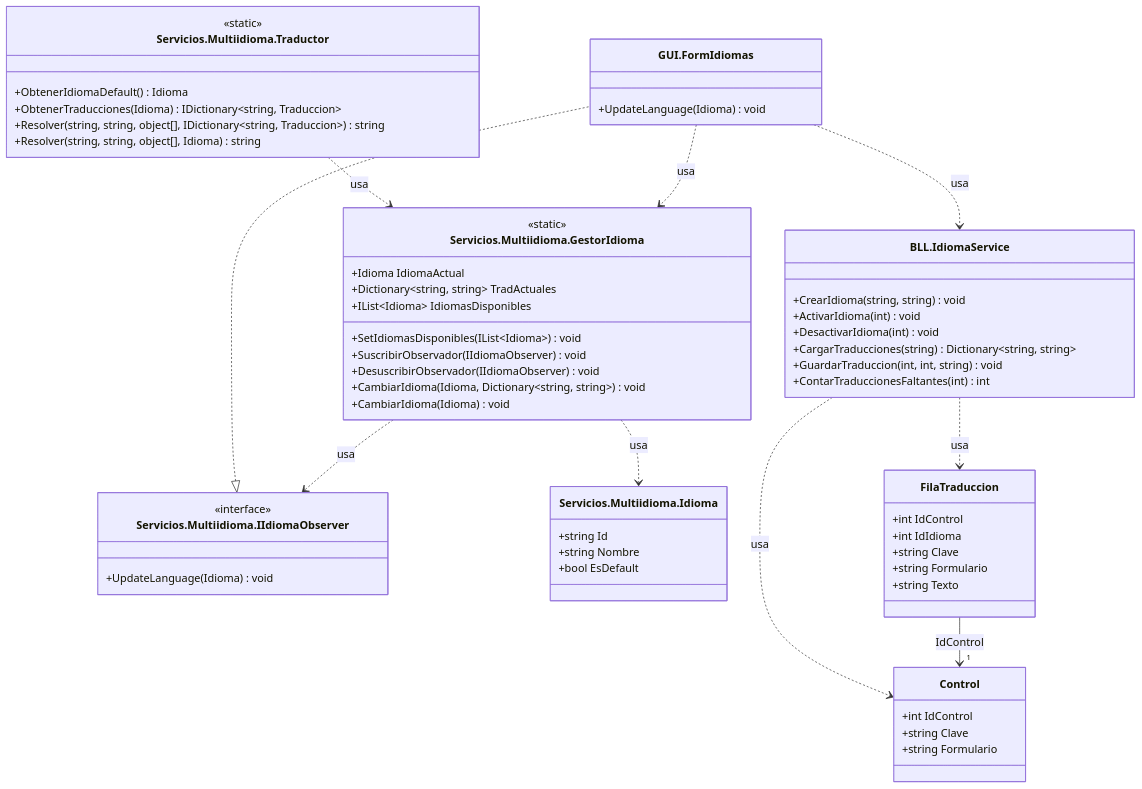
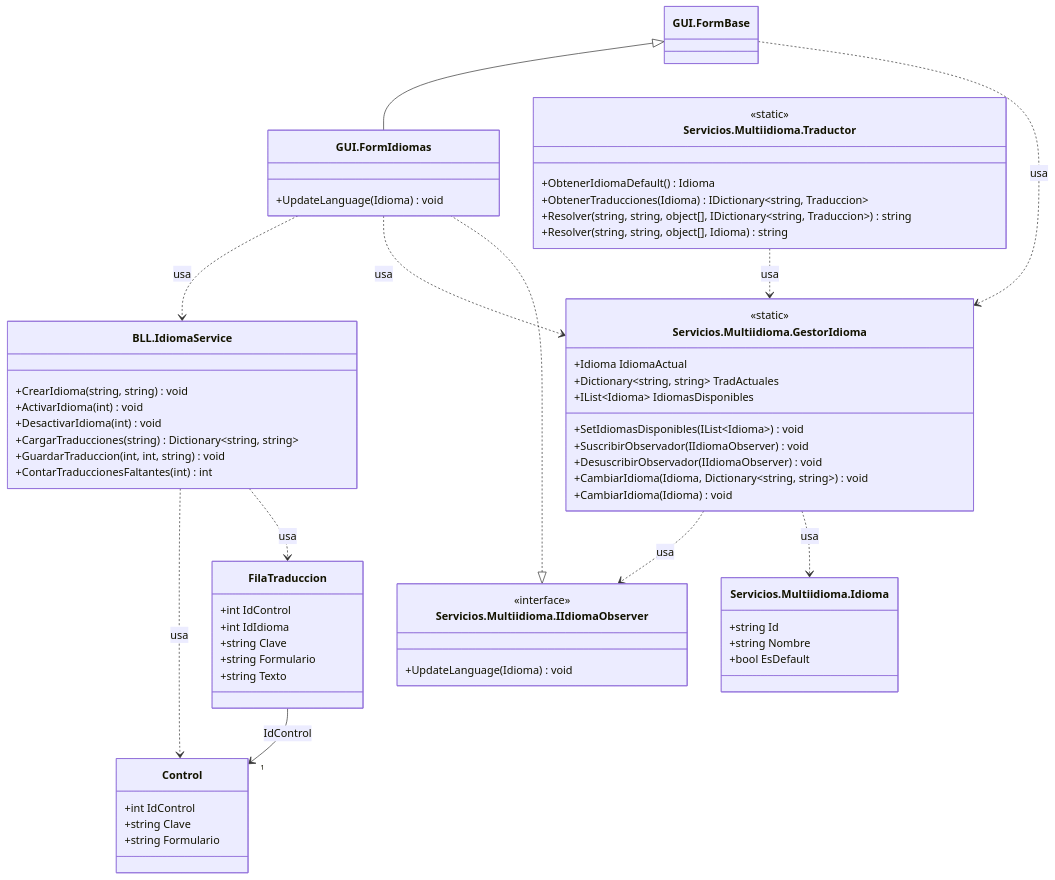
One commit to valentinamorana/Trabajo-de-Diploma changed the diagram in docs/diagramas/mermaid/CLASES_T05_idiomas.mmd. Above: the diagram before and after it, drawn with Mermaid. The commit also changed 8 other files, not shown here.

```diff
--- a/docs/diagramas/mermaid/CLASES_T05_idiomas.mmd
+++ b/docs/diagramas/mermaid/CLASES_T05_idiomas.mmd
@@ -1,61 +1,65 @@
 classDiagram
   direction TB
+  class GUI_FormBase["GUI.FormBase"] {
+  }
   class GUI_FormIdiomas["GUI.FormIdiomas"] {
     +UpdateLanguage(Idioma) void
   }
   class BLL_IdiomaService["BLL.IdiomaService"] {
     +CrearIdioma(string,  string) void
     +ActivarIdioma(int) void
     +DesactivarIdioma(int) void
     +CargarTraducciones(string) Dictionary~string, string~
     +GuardarTraduccion(int,  int,  string) void
     +ContarTraduccionesFaltantes(int) int
   }
   class Servicios_Multiidioma_GestorIdioma["Servicios.Multiidioma.GestorIdioma"] {
     <<static>>
     +Idioma IdiomaActual
     +Dictionary~string, string~ TradActuales
     +IList~Idioma~ IdiomasDisponibles
     +SetIdiomasDisponibles(IList~Idioma~) void
     +SuscribirObservador(IIdiomaObserver) void
     +DesuscribirObservador(IIdiomaObserver) void
     +CambiarIdioma(Idioma,  Dictionary~string,  string~) void
     +CambiarIdioma(Idioma) void
   }
   class Servicios_Multiidioma_IIdiomaObserver["Servicios.Multiidioma.IIdiomaObserver"] {
     <<interface>>
     +UpdateLanguage(Idioma) void
   }
   class Servicios_Multiidioma_Traductor["Servicios.Multiidioma.Traductor"] {
     <<static>>
     +ObtenerIdiomaDefault() Idioma
     +ObtenerTraducciones(Idioma) IDictionary~string, Traduccion~
     +Resolver(string,  string,  object[],  IDictionary~string,  Traduccion~) string
     +Resolver(string,  string,  object[],  Idioma) string
   }
   class Servicios_Multiidioma_Idioma["Servicios.Multiidioma.Idioma"] {
     +string Id
     +string Nombre
     +bool EsDefault
   }
   class Control {
     +int IdControl
     +string Clave
     +string Formulario
   }
   class FilaTraduccion {
     +int IdControl
     +int IdIdioma
     +string Clave
     +string Formulario
     +string Texto
   }
+  GUI_FormBase <|-- GUI_FormIdiomas
   Servicios_Multiidioma_IIdiomaObserver <|.. GUI_FormIdiomas
   FilaTraduccion --> "1" Control : IdControl
+  GUI_FormBase ..> Servicios_Multiidioma_GestorIdioma : usa
   GUI_FormIdiomas ..> BLL_IdiomaService : usa
   GUI_FormIdiomas ..> Servicios_Multiidioma_GestorIdioma : usa
   Servicios_Multiidioma_GestorIdioma ..> Servicios_Multiidioma_IIdiomaObserver : usa
   Servicios_Multiidioma_GestorIdioma ..> Servicios_Multiidioma_Idioma : usa
   Servicios_Multiidioma_Traductor ..> Servicios_Multiidioma_GestorIdioma : usa
   BLL_IdiomaService ..> Control : usa
   BLL_IdiomaService ..> FilaTraduccion : usa
```
